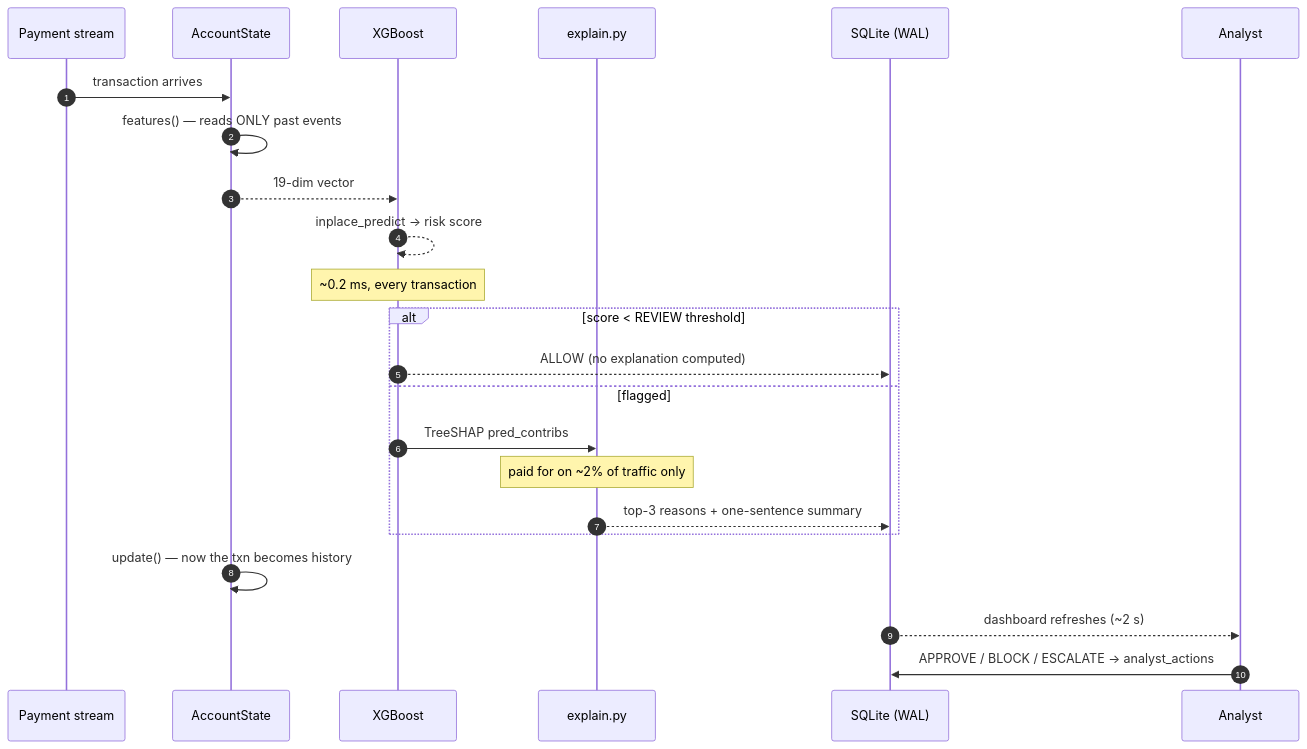
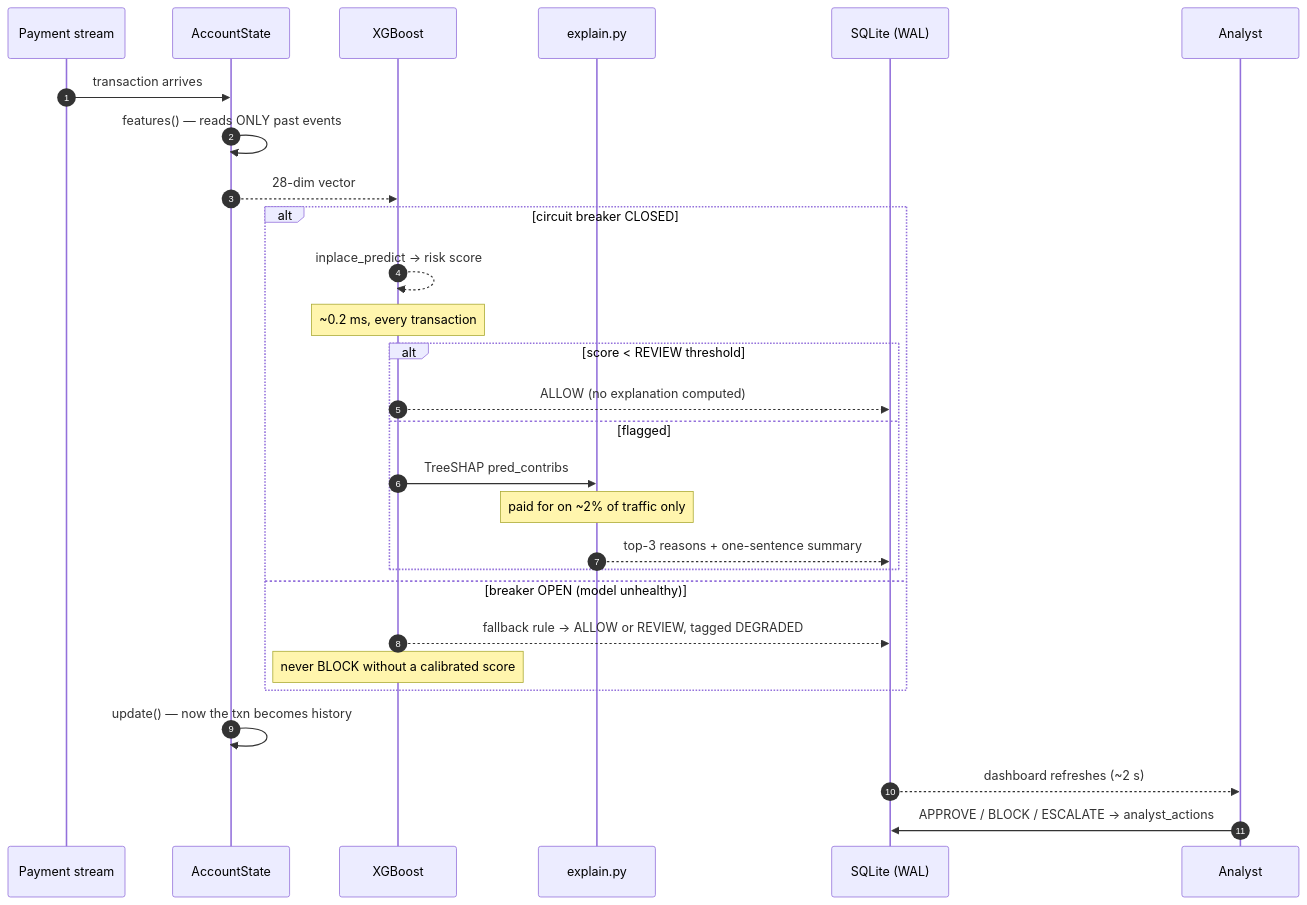
The second of 6 diagrams in docs/architecture.md (YASHI-11/ScamSheild), drawn with Mermaid before and after one commit. The commit also changed other lines of this file and 19 other files, not shown here.

````diff
--- a/docs/architecture.md
+++ b/docs/architecture.md
@@ -87,26 +96,31 @@
 ```mermaid
 sequenceDiagram
     autonumber
     participant S as Payment stream
     participant A as AccountState
     participant M as XGBoost
     participant X as explain.py
     participant D as SQLite (WAL)
     participant H as Analyst
 
     S->>A: transaction arrives
     A->>A: features() — reads ONLY past events
-    A-->>M: 19-dim vector
-    M-->>M: inplace_predict → risk score
-    Note over M: ~0.2 ms, every transaction
-    alt score < REVIEW threshold
-        M-->>D: ALLOW (no explanation computed)
-    else flagged
-        M->>X: TreeSHAP pred_contribs
-        Note over X: paid for on ~2% of traffic only
-        X-->>D: top-3 reasons + one-sentence summary
+    A-->>M: 28-dim vector
+    alt circuit breaker CLOSED
+        M-->>M: inplace_predict → risk score
+        Note over M: ~0.2 ms, every transaction
+        alt score < REVIEW threshold
+            M-->>D: ALLOW (no explanation computed)
+        else flagged
+            M->>X: TreeSHAP pred_contribs
+            Note over X: paid for on ~2% of traffic only
+            X-->>D: top-3 reasons + one-sentence summary
+        end
+    else breaker OPEN (model unhealthy)
+        M-->>D: fallback rule → ALLOW or REVIEW, tagged DEGRADED
+        Note over M: never BLOCK without a calibrated score
     end
     A->>A: update() — now the txn becomes history
     D-->>H: dashboard refreshes (~2 s)
     H->>D: APPROVE / BLOCK / ESCALATE → analyst_actions
 ```
````
